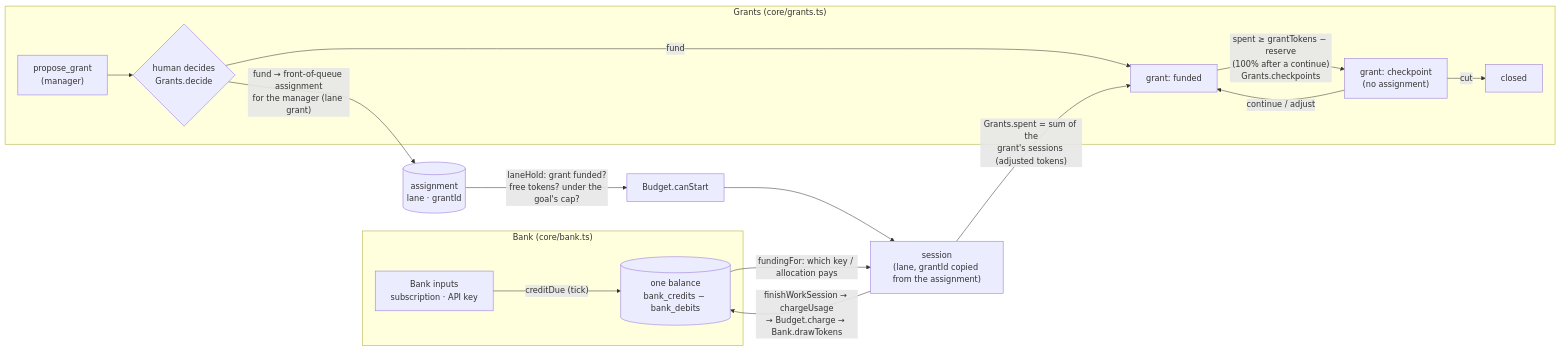
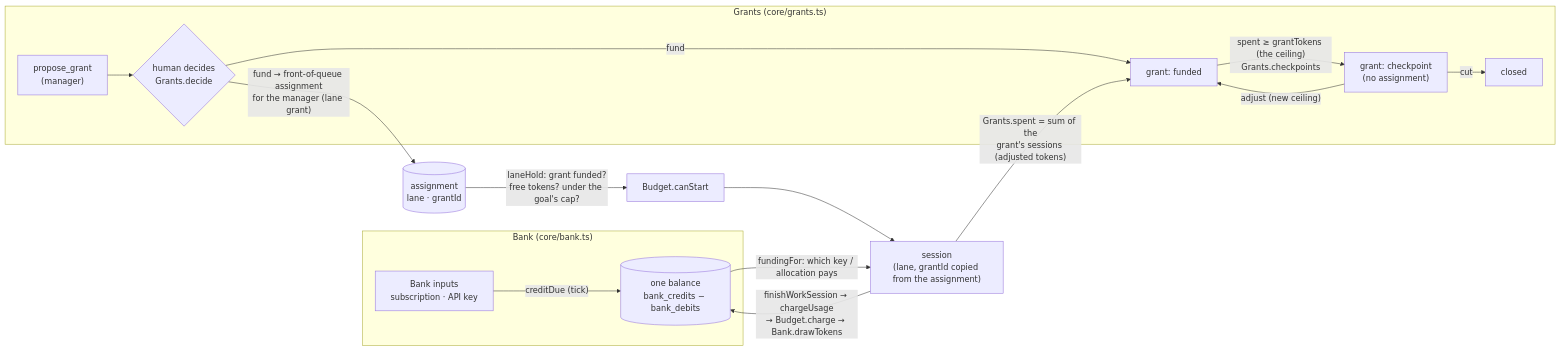
Before and after one commit to mitchellgordon95/muster-town: the second of 2 diagrams in docs/architecture.md, drawn with Mermaid. The commit also changed other lines of this file and 62 other files, not shown here.

First line of the commit message:
Grants priced by step, held only at the ceiling, forecast at every step report (legible delegation steps 6-7)

````diff
--- a/docs/architecture.md
+++ b/docs/architecture.md
@@ -66,19 +66,19 @@
 ```mermaid
 flowchart LR
   subgraph bank["Bank (core/bank.ts)"]
     inputs["Bank inputs<br/>subscription · API key"] -->|"creditDue (tick)"| pools[("one balance<br/>bank_credits − bank_debits")]
   end
   subgraph grants["Grants (core/grants.ts)"]
     propose["propose_grant<br/>(manager)"] --> decide{"human decides<br/>Grants.decide"}
     decide -->|fund| funded["grant: funded"]
-    funded -->|"spent ≥ grantTokens − reserve<br/>(100% after a continue)<br/>Grants.checkpoints"| checkpoint["grant: checkpoint<br/>(no assignment)"]
-    checkpoint -->|"continue / adjust"| funded
+    funded -->|"spent ≥ grantTokens (the ceiling)<br/>Grants.checkpoints"| checkpoint["grant: checkpoint<br/>(no assignment)"]
+    checkpoint -->|"adjust (new ceiling)"| funded
     checkpoint -->|cut| closed["closed"]
   end
   decide -->|"fund → front-of-queue assignment<br/>for the manager (lane grant)"| asg[("assignment<br/>lane · grantId")]
   asg -->|"laneHold: grant funded?<br/>free tokens? under the goal's cap?"| gate["Budget.canStart"]
   gate --> sess["session<br/>(lane, grantId copied from the assignment)"]
   pools -->|"fundingFor: which key / allocation pays"| sess
   sess -->|"finishWorkSession → chargeUsage<br/>→ Budget.charge → Bank.drawTokens"| pools
   sess -->|"Grants.spent = sum of the<br/>grant's sessions (adjusted tokens)"| funded
 ```
````
